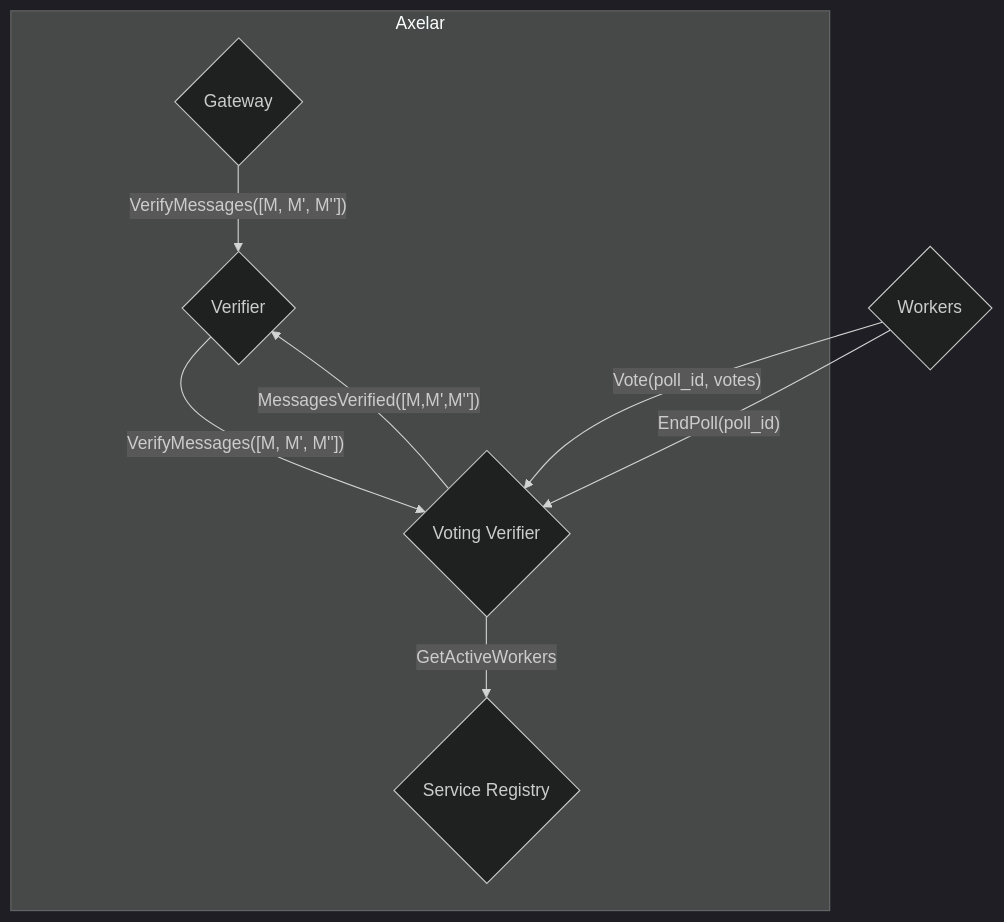
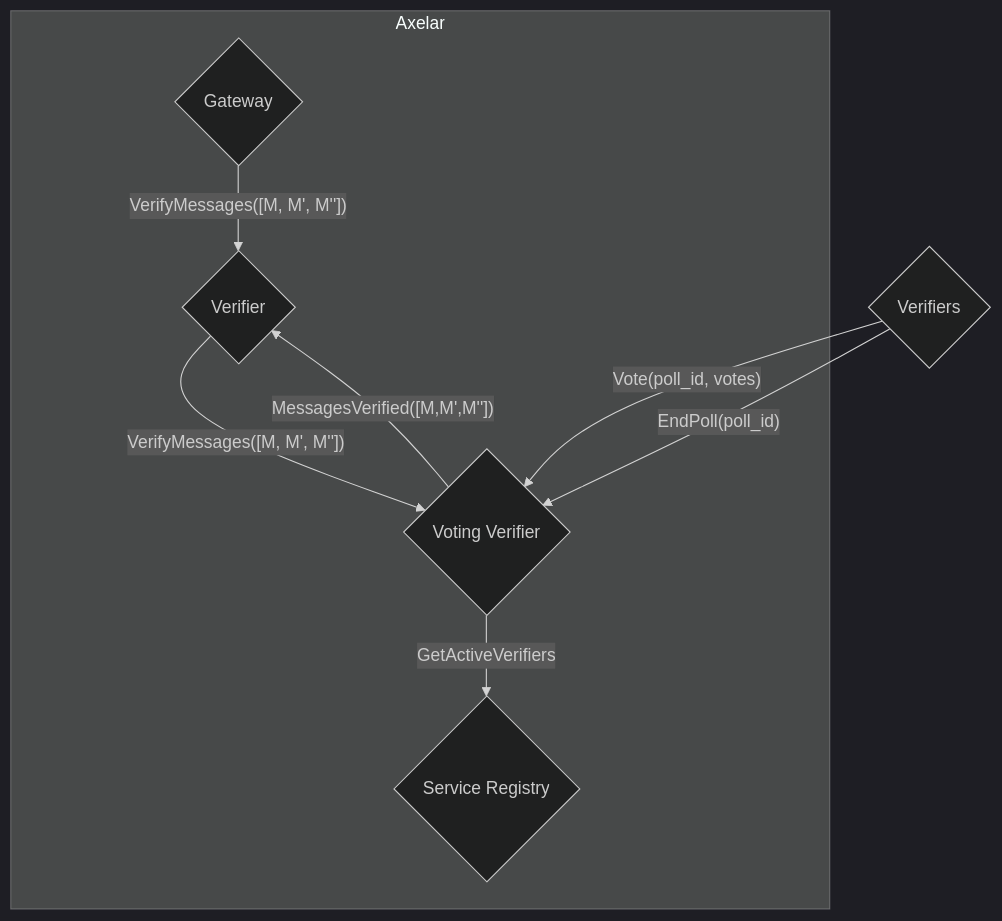
Before and after one commit to axelarnetwork/axelar-amplifier: the first of 2 diagrams in doc/src/contracts/voting_verifier.md, drawn with Mermaid (dark theme). The commit also changed other lines of this file and 3 other files, not shown here.

````diff
--- a/doc/src/contracts/voting_verifier.md
+++ b/doc/src/contracts/voting_verifier.md
@@ -18,18 +20,18 @@
 ```mermaid
 flowchart TD
 subgraph Axelar
     G{"Gateway"}
     Vr{"Voting Verifier"}
     V{"Verifier"}
     R{"Service Registry"}
 end
-OC{"Workers"}
+OC{"Verifiers"}
 
 G--"VerifyMessages([M, M', M''])"-->V
 V--"VerifyMessages([M, M', M''])"-->Vr
-Vr--"GetActiveWorkers"-->R
+Vr--"GetActiveVerifiers"-->R
 OC--"Vote(poll_id, votes)"-->Vr
 OC--"EndPoll(poll_id)"-->Vr
 Vr--"MessagesVerified([M,M',M''])"-->V
 
 ```
````
